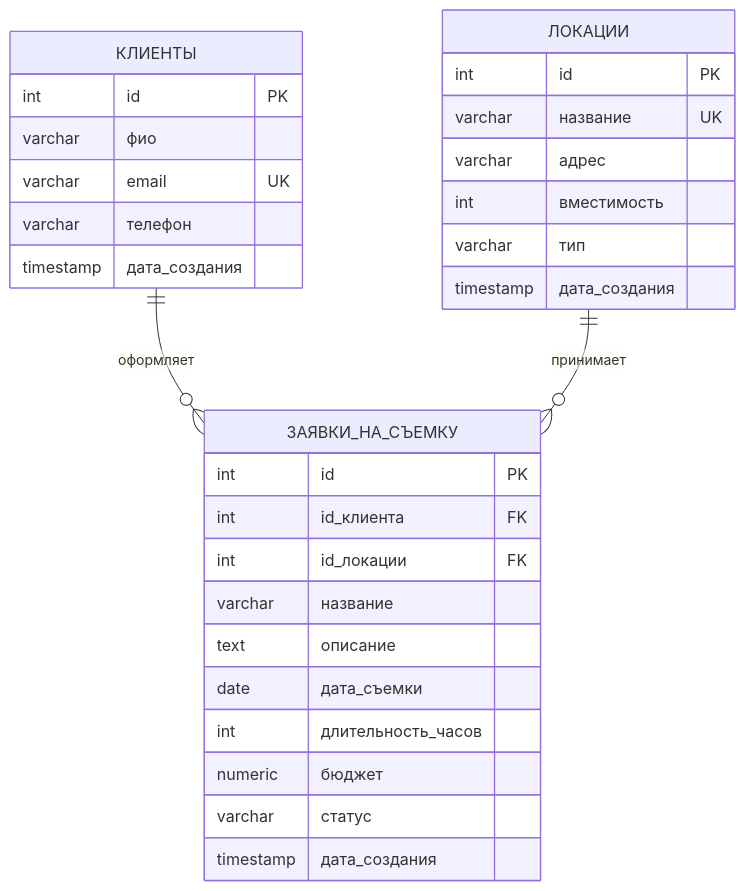
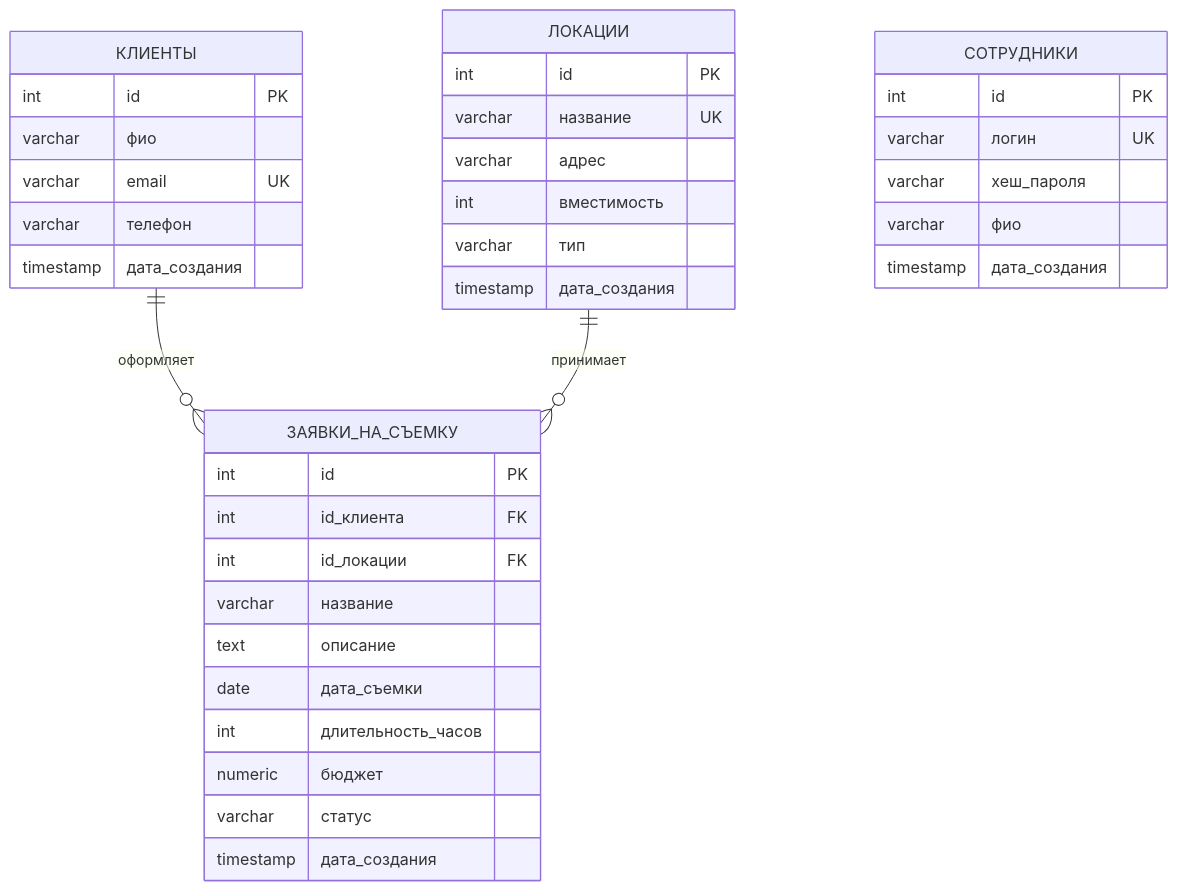
One commit to katshuuu/framespace_kinostudio changed the diagram in docs/er-diagram.md. Above: the diagram before and after it, drawn with Mermaid. The commit also changed other lines of this file and 22 other files, not shown here.

````diff
--- a/docs/er-diagram.md
+++ b/docs/er-diagram.md
@@ -3,35 +3,43 @@
 ```mermaid
 erDiagram
     КЛИЕНТЫ ||--o{ ЗАЯВКИ_НА_СЪЕМКУ : "оформляет"
     ЛОКАЦИИ ||--o{ ЗАЯВКИ_НА_СЪЕМКУ : "принимает"
+
+    СОТРУДНИКИ {
+        int id PK
+        varchar логин UK
+        varchar хеш_пароля
+        varchar фио
+        timestamp дата_создания
+    }
 
     КЛИЕНТЫ {
         int id PK
         varchar фио
         varchar email UK
         varchar телефон
         timestamp дата_создания
     }
 
     ЛОКАЦИИ {
         int id PK
         varchar название UK
         varchar адрес
         int вместимость
         varchar тип
         timestamp дата_создания
     }
 
     ЗАЯВКИ_НА_СЪЕМКУ {
         int id PK
         int id_клиента FK
         int id_локации FK
         varchar название
         text описание
         date дата_съемки
         int длительность_часов
         numeric бюджет
         varchar статус
         timestamp дата_создания
     }
 ```
````
